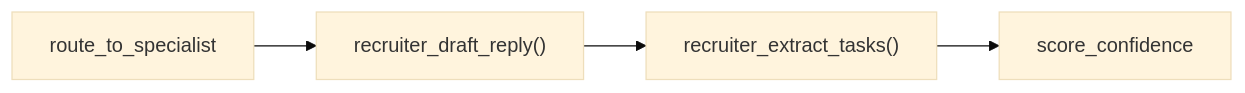
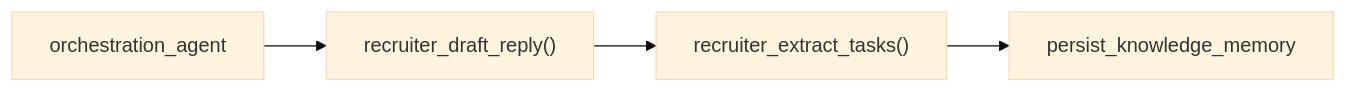
The third of 10 diagrams in backend/docs/STATE_GRAPHS.md (Samurai493/InboxPilotAI), drawn with Mermaid (base theme) before and after one commit. The commit also changed other lines of this file and 30 other files, not shown here.

Commit message:
Added Knowledge Graphs, LLM token usage, persistent processed results

````diff
--- a/backend/docs/STATE_GRAPHS.md
+++ b/backend/docs/STATE_GRAPHS.md
@@ -64,6 +67,6 @@
 ```mermaid
 flowchart LR
-    route_to_specialist --> recruiter_draft["recruiter_draft_reply()"]
+    orchestration_agent --> recruiter_draft["recruiter_draft_reply()"]
     recruiter_draft --> recruiter_extract["recruiter_extract_tasks()"]
-    recruiter_extract --> score_confidence
+    recruiter_extract --> persist_knowledge_memory
 ```
````
